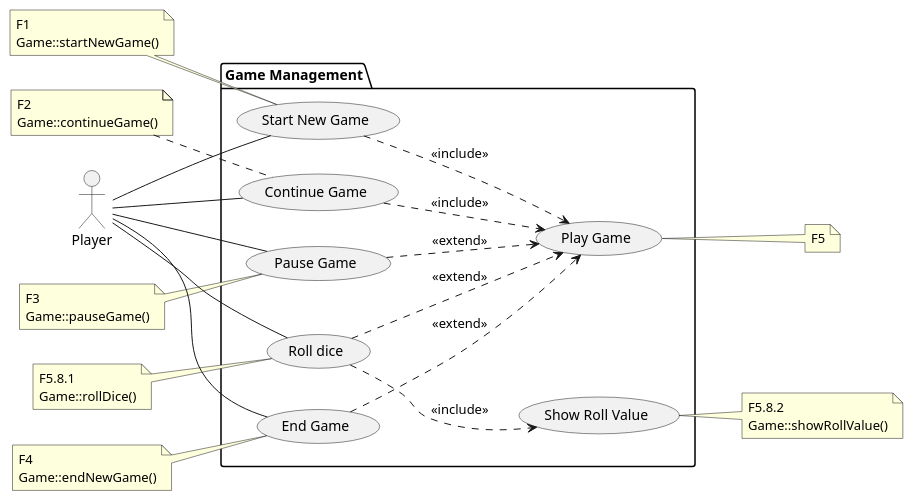
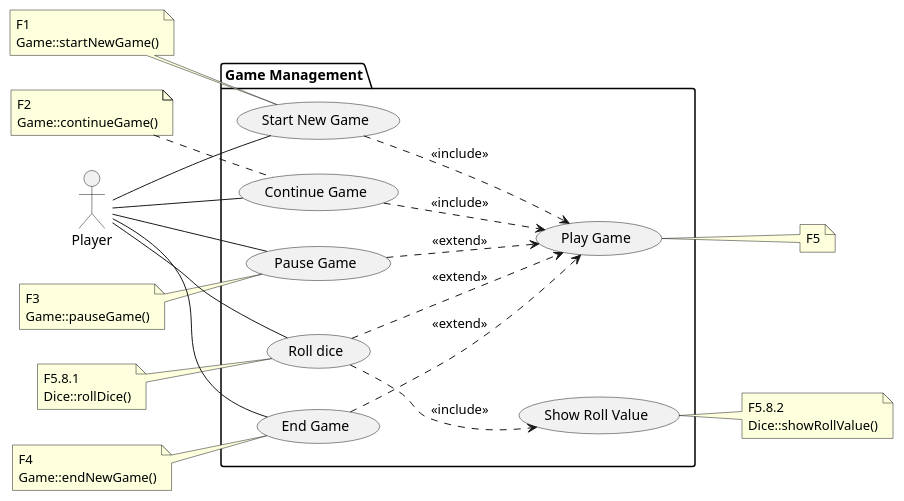
Before and after one commit to samshady/UML_Diagramme: the diagram in game_management_paket.puml, drawn with PlantUML. The commit also changed 4 other files, not shown here.

```diff
--- a/game_management_paket.puml
+++ b/game_management_paket.puml
@@ -1,37 +1,37 @@
 @startuml
 
 left to right direction
 
 actor Player
 ' actor Administrator
 package "Game Management" {
   usecase "Start New Game"
   usecase "Play Game"
   usecase "Continue Game"
   usecase "Pause Game"
   usecase "End Game"
   usecase "Roll dice"
   usecase "Show Roll Value"
 }
 
 Player -- "Start New Game"
 Player -- "Continue Game"
 Player -- "Pause Game"
 Player -- "End Game"
 Player -- "Roll dice"
 ' Administrator -- "sfsdf"
 note left of "Start New Game" : F1 \nGame::startNewGame()
 note left of "Continue Game" : F2 \nGame::continueGame()
 note left of "End Game" : F4 \nGame::endNewGame()
 note left of "Pause Game" : F3 \nGame::pauseGame()
-note left of "Roll dice" : F5.8.1 \nGame::rollDice()
-note right of "Show Roll Value" : F5.8.2 \nGame::showRollValue()
+note left of "Roll dice" : F5.8.1 \nDice::rollDice()
+note right of "Show Roll Value" : F5.8.2 \nDice::showRollValue()
 note right of "Play Game" : F5
 
 "Start New Game" ..> "Play Game" : <<include>>
 "Continue Game" ..> "Play Game" : <<include>>
 "Pause Game" ..> "Play Game" : <<extend>>
 "End Game" ..> "Play Game" : <<extend>>
 "Roll dice" ..> "Show Roll Value" : <<include>>
 "Roll dice" ..> "Play Game" : <<extend>>
 @enduml
```
